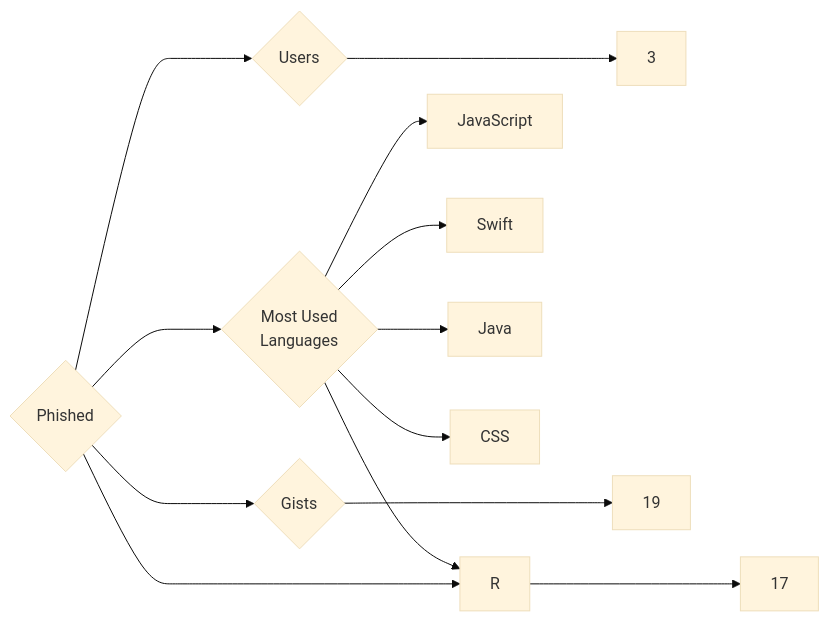
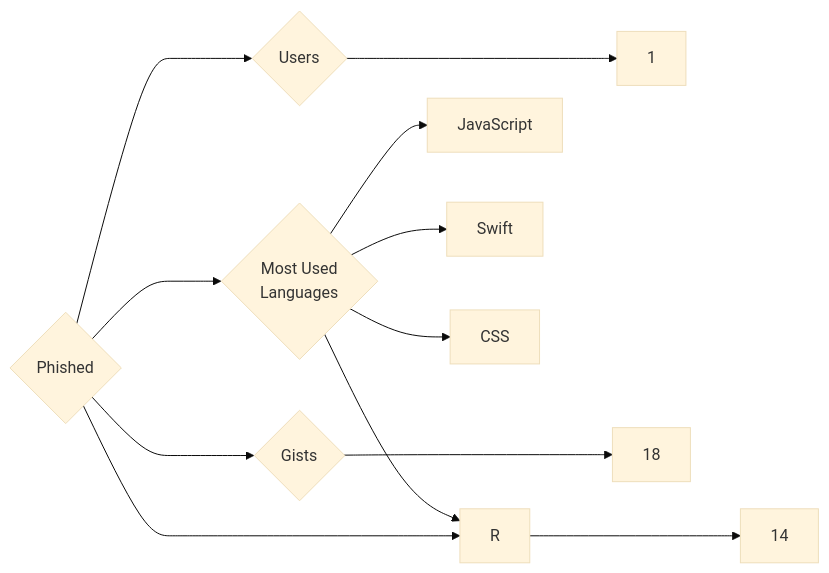
Before and after one commit to trickest/insiders: the diagram in targets/Phished/README.md, drawn with Mermaid (base theme). The commit also changed 995 other files, not shown here.

````diff
--- a/targets/Phished/README.md
+++ b/targets/Phished/README.md
@@ -3,13 +3,12 @@
 ```mermaid
 graph LR
 COMPANY_NAME{Phished}
-COMPANY_NAME ---> U{Users} ---> UN[3]
-COMPANY_NAME ---> R{Repositories} ---> RN[17]
-COMPANY_NAME ---> G{Gists} ---> GN[19]
+COMPANY_NAME ---> U{Users} ---> UN[1]
+COMPANY_NAME ---> R{Repositories} ---> RN[14]
+COMPANY_NAME ---> G{Gists} ---> GN[18]
 COMPANY_NAME ---> ML{Most Used<br>Languages}
 ML --> JavaScript[JavaScript]
 ML --> R[R]
 ML --> Swift[Swift]
-ML --> Java[Java]
 ML --> CSS[CSS]
 ```
````
